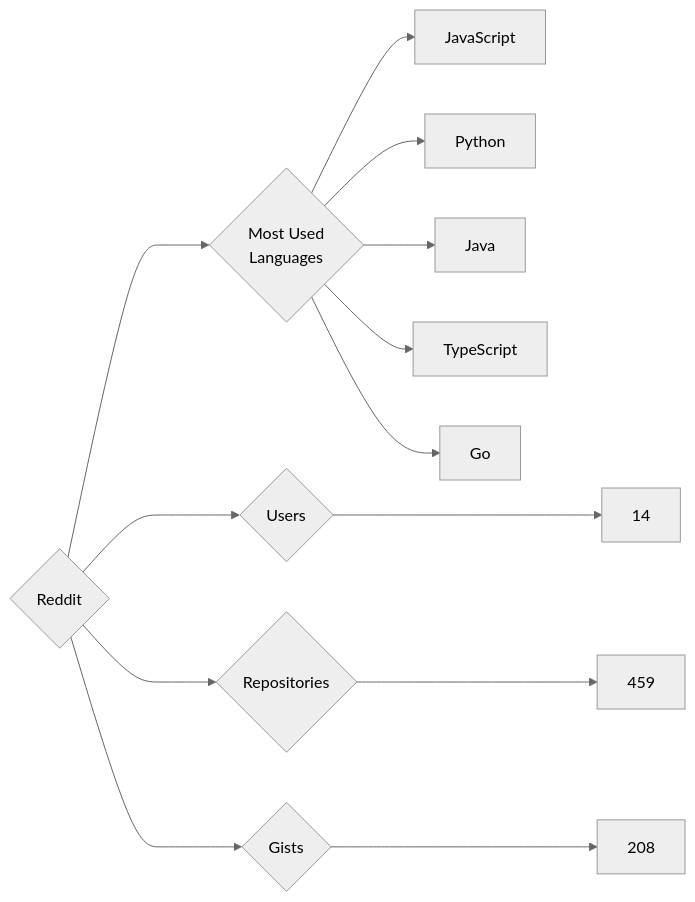
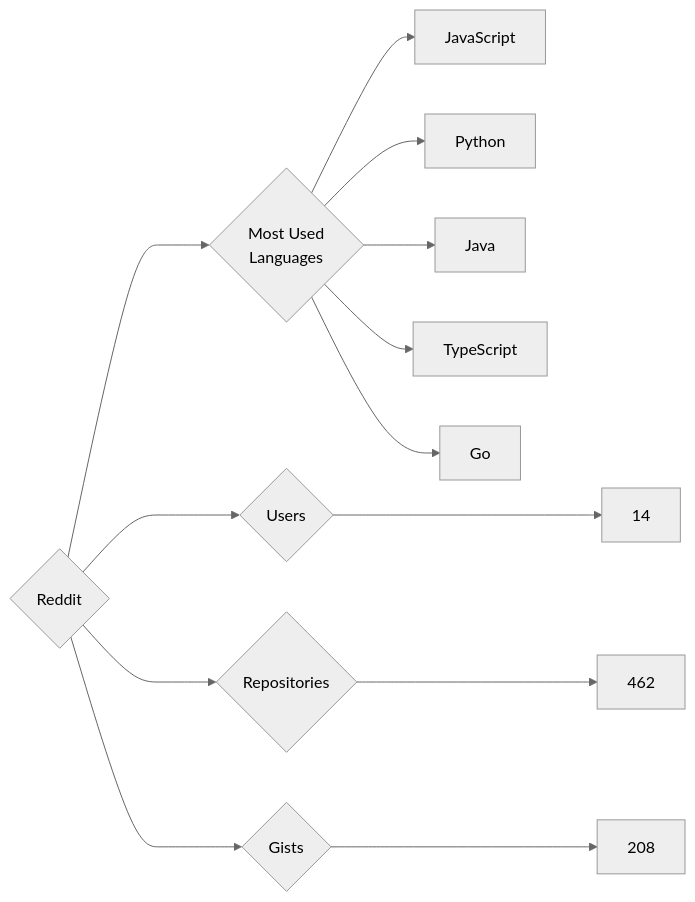
One commit to trickest/insiders changed the diagram in targets/Reddit/README.md. Above: the diagram before and after it, drawn with Mermaid (neutral theme). The commit also changed 534 other files, not shown here.

````diff
--- a/targets/Reddit/README.md
+++ b/targets/Reddit/README.md
@@ -3,13 +3,13 @@
 ```mermaid
 graph LR
 COMPANY_NAME{Reddit}
 COMPANY_NAME ---> U{Users} ---> UN[14]
-COMPANY_NAME ---> R{Repositories} ---> RN[459]
+COMPANY_NAME ---> R{Repositories} ---> RN[462]
 COMPANY_NAME ---> G{Gists} ---> GN[208]
 COMPANY_NAME ---> ML{Most Used<br>Languages}
 ML --> JavaScript[JavaScript]
 ML --> Python[Python]
 ML --> Java[Java]
 ML --> TypeScript[TypeScript]
 ML --> Go[Go]
 ```
````
